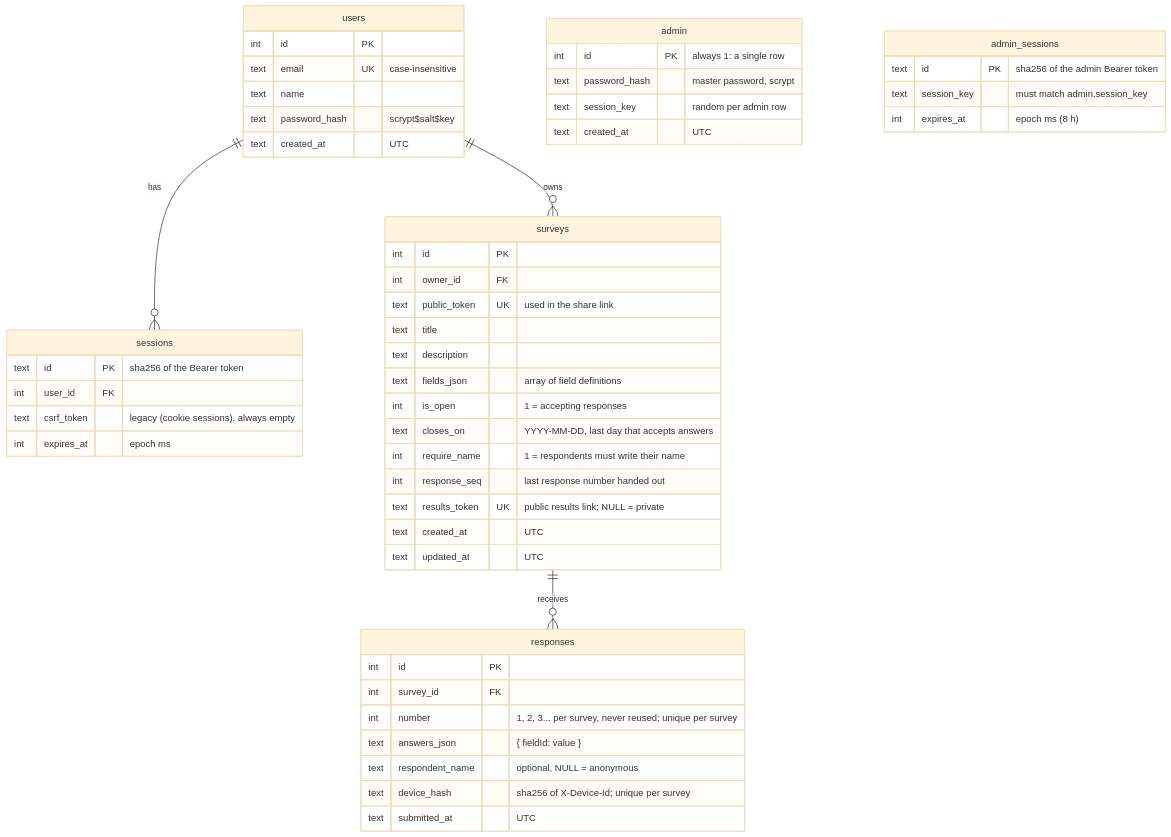
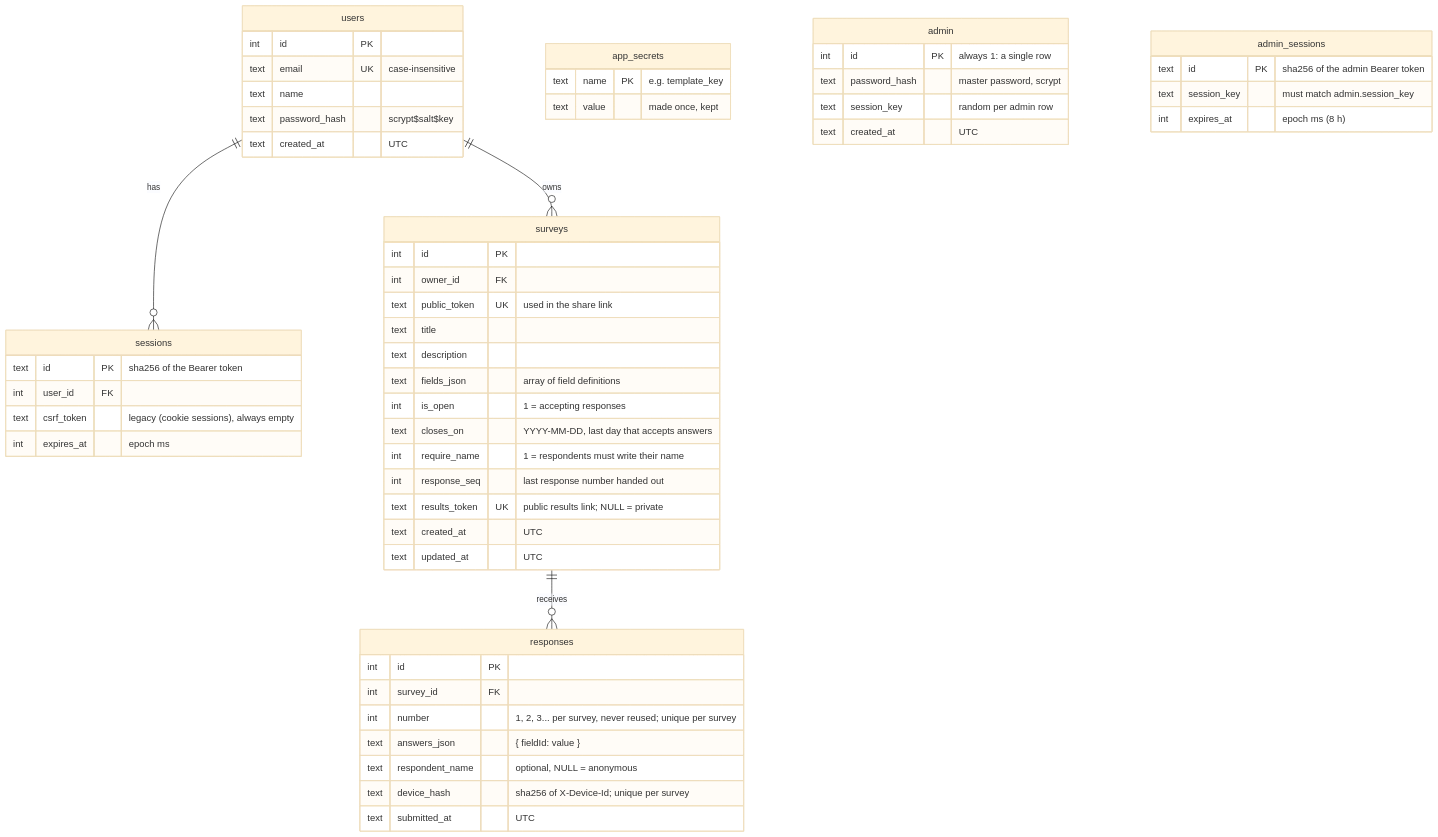
The third of 3 diagrams in CODE_GUIDE.md (yendri404/survery), drawn with Mermaid (base theme) before and after one commit. The commit also changed other lines of this file and 21 other files, not shown here.

````diff
--- a/CODE_GUIDE.md
+++ b/CODE_GUIDE.md
@@ -237,55 +238,59 @@
 ```mermaid
 erDiagram
     users ||--o{ sessions : has
     users ||--o{ surveys : owns
     surveys ||--o{ responses : receives
 
     users {
         int id PK
         text email UK "case-insensitive"
         text name
         text password_hash "scrypt$salt$key"
         text created_at "UTC"
     }
     sessions {
         text id PK "sha256 of the Bearer token"
         int user_id FK
         text csrf_token "legacy (cookie sessions), always empty"
         int expires_at "epoch ms"
     }
     surveys {
         int id PK
         int owner_id FK
         text public_token UK "used in the share link"
         text title
         text description
         text fields_json "array of field definitions"
         int is_open "1 = accepting responses"
         text closes_on "YYYY-MM-DD, last day that accepts answers"
         int require_name "1 = respondents must write their name"
         int response_seq "last response number handed out"
         text results_token UK "public results link; NULL = private"
         text created_at "UTC"
         text updated_at "UTC"
     }
     responses {
         int id PK
         int survey_id FK
         int number "1, 2, 3... per survey, never reused; unique per survey"
         text answers_json "{ fieldId: value }"
         text respondent_name "optional, NULL = anonymous"
         text device_hash "sha256 of X-Device-Id; unique per survey"
         text submitted_at "UTC"
     }
+    app_secrets {
+        text name PK "e.g. template_key"
+        text value "made once, kept"
+    }
     admin {
         int id PK "always 1: a single row"
         text password_hash "master password, scrypt"
         text session_key "random per admin row"
         text created_at "UTC"
     }
     admin_sessions {
         text id PK "sha256 of the admin Bearer token"
         text session_key "must match admin.session_key"
         int expires_at "epoch ms (8 h)"
     }
 ```
````
